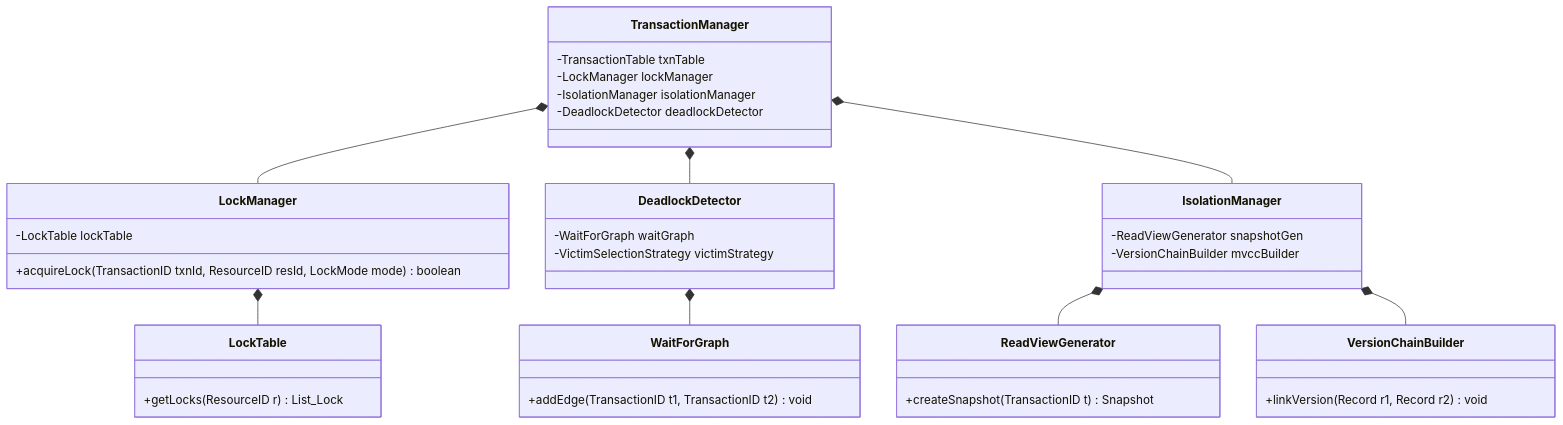
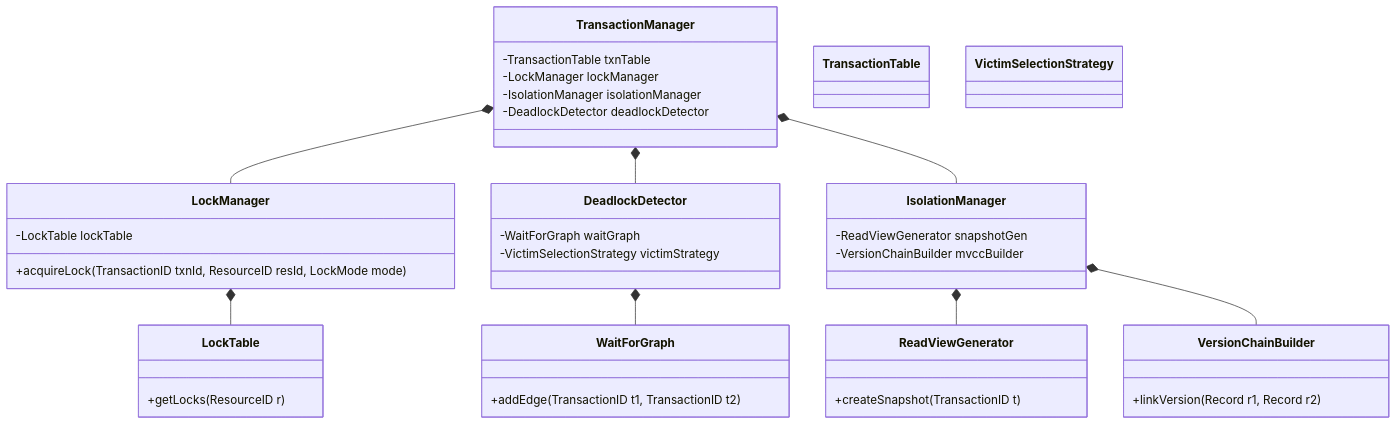
The fifth of 9 diagrams in README.md (TamBui1706/DBMS), drawn with Mermaid before and after one commit. The commit also changed other lines of this file, not shown here.

Commit message:
Fix GitHub Mermaid strict parser issues: explicitly define all referenced classes in classDiagrams, simplify types

````diff
--- a/README.md
+++ b/README.md
@@ -577,41 +609,43 @@
 ```mermaid
 classDiagram
     class TransactionManager {
         -TransactionTable txnTable
         -LockManager lockManager
         -IsolationManager isolationManager
         -DeadlockDetector deadlockDetector
     }
     class LockManager {
         -LockTable lockTable
-        +acquireLock(TransactionID txnId, ResourceID resId, LockMode mode) boolean
+        +acquireLock(TransactionID txnId, ResourceID resId, LockMode mode)
     }
     class LockTable {
-        +getLocks(ResourceID r) List_Lock
+        +getLocks(ResourceID r)
     }
     class DeadlockDetector {
         -WaitForGraph waitGraph
         -VictimSelectionStrategy victimStrategy
     }
     class WaitForGraph {
-        +addEdge(TransactionID t1, TransactionID t2) void
+        +addEdge(TransactionID t1, TransactionID t2)
     }
     class IsolationManager {
         -ReadViewGenerator snapshotGen
         -VersionChainBuilder mvccBuilder
     }
     class ReadViewGenerator {
-        +createSnapshot(TransactionID t) Snapshot
+        +createSnapshot(TransactionID t)
     }
     class VersionChainBuilder {
-        +linkVersion(Record r1, Record r2) void
+        +linkVersion(Record r1, Record r2)
     }
 
     TransactionManager *-- LockManager
     TransactionManager *-- DeadlockDetector
     TransactionManager *-- IsolationManager
     LockManager *-- LockTable
     DeadlockDetector *-- WaitForGraph
     IsolationManager *-- ReadViewGenerator
     IsolationManager *-- VersionChainBuilder
+    class TransactionTable
+    class VictimSelectionStrategy
 ```
````
